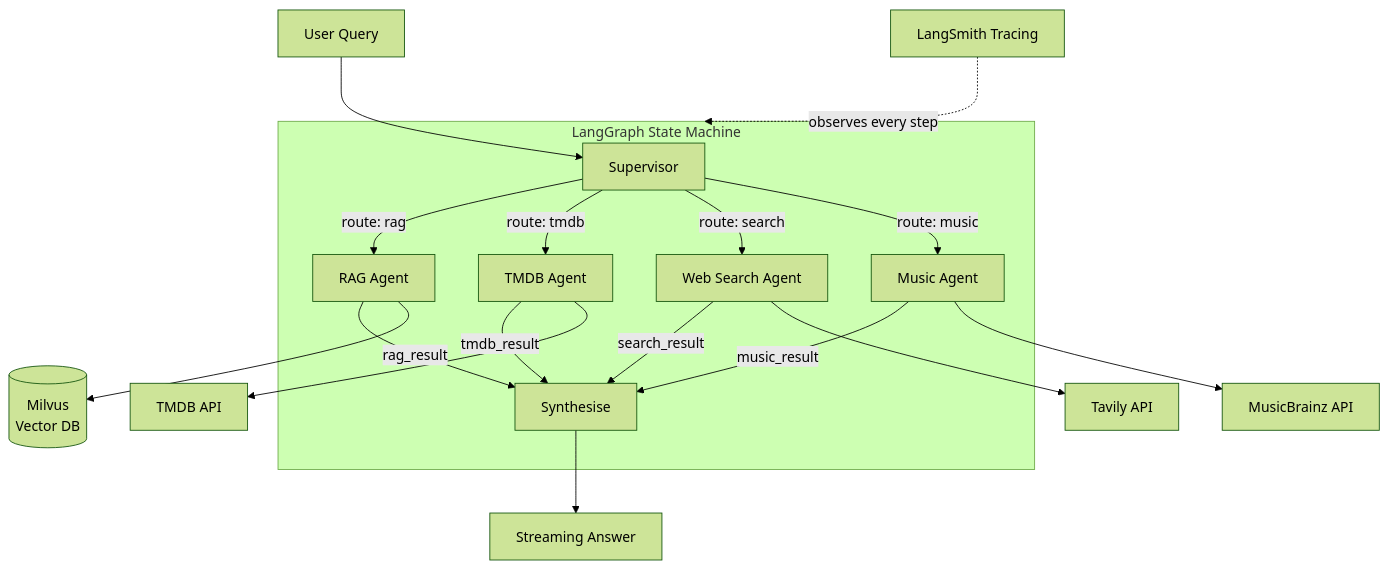
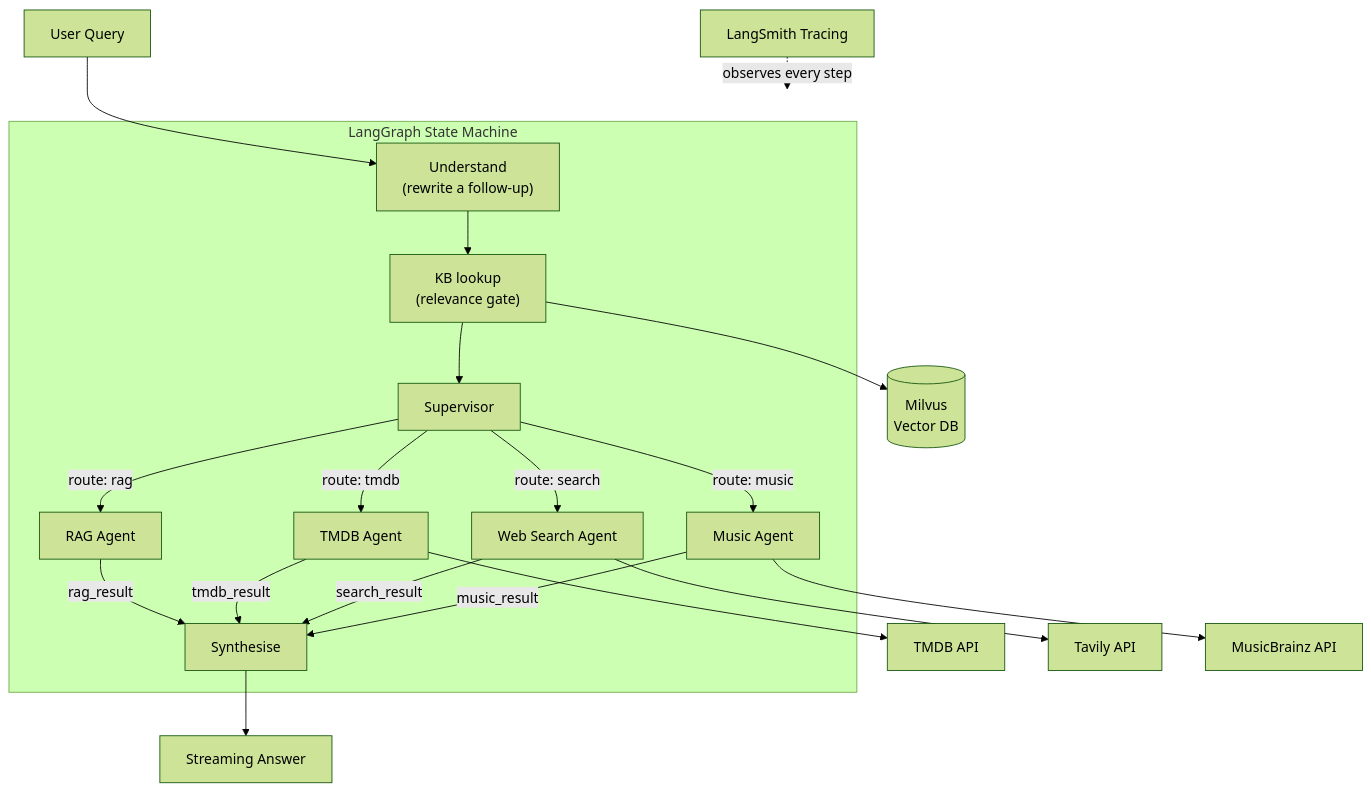
Before and after one commit to worldwidejimmy/pipeline: the diagram in README.md, drawn with Mermaid (forest theme). The commit also changed other lines of this file and 11 other files, not shown here.

````diff
--- a/README.md
+++ b/README.md
@@ -21,20 +23,22 @@
 ```mermaid
 flowchart TD
-    UserQuery[User Query] --> Supervisor
+    UserQuery[User Query] --> Understand
     subgraph langgraph [LangGraph State Machine]
+        Understand["Understand<br/>(rewrite a follow-up)"] --> KBLookup["KB lookup<br/>(relevance gate)"]
+        KBLookup --> Supervisor
         Supervisor -->|"route: rag"| RAGAgent[RAG Agent]
         Supervisor -->|"route: tmdb"| TMDBAgent[TMDB Agent]
         Supervisor -->|"route: search"| SearchAgent[Web Search Agent]
         Supervisor -->|"route: music"| MusicAgent[Music Agent]
         RAGAgent -->|rag_result| Synthesise[Synthesise]
         TMDBAgent -->|tmdb_result| Synthesise
         SearchAgent -->|search_result| Synthesise
         MusicAgent -->|music_result| Synthesise
     end
-    RAGAgent --> Milvus[(Milvus\nVector DB)]
+    KBLookup --> Milvus[(Milvus\nVector DB)]
     TMDBAgent --> TMDB[TMDB API]
     SearchAgent --> WebAPI[Tavily API]
     MusicAgent --> MB[MusicBrainz API]
     Synthesise --> FinalAnswer[Streaming Answer]
     LangSmith[LangSmith Tracing] -.->|observes every step| langgraph
 ```
````
